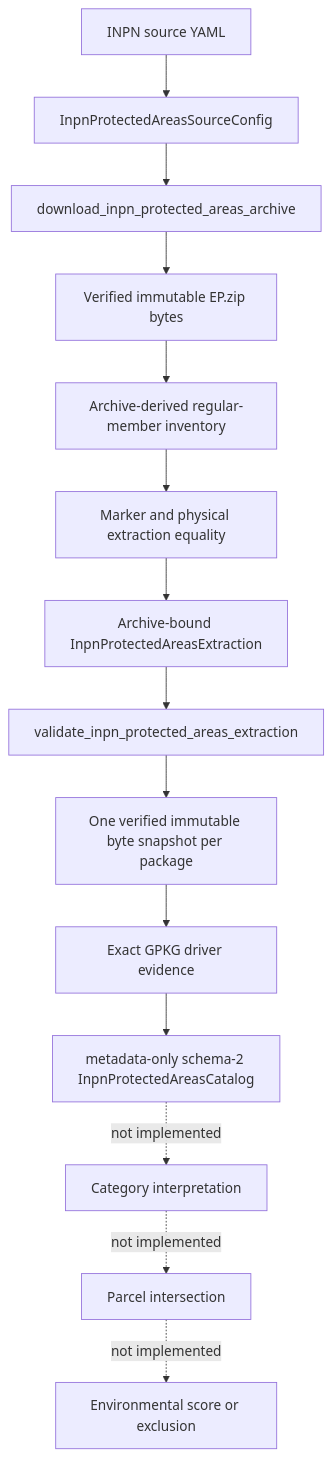
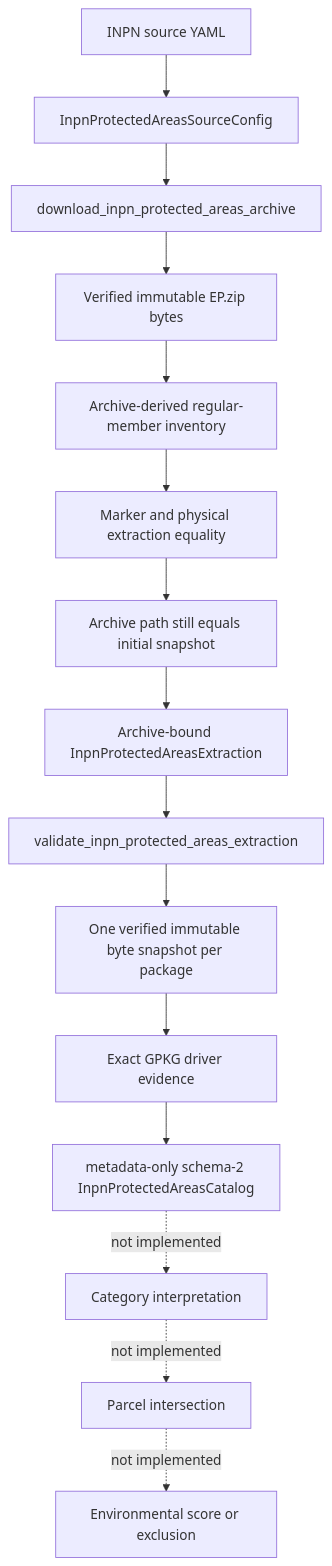
One commit to hmsouhaib/landscout-ai changed the diagram in docs/code/ENVIRONMENT_PIPELINE.md. Above: the diagram before and after it, drawn with Mermaid. The commit also changed other lines of this file and 15 other files, not shown here.

Commit message:
fix: enforce INPN archive return postconditions

````diff
--- a/docs/code/ENVIRONMENT_PIPELINE.md
+++ b/docs/code/ENVIRONMENT_PIPELINE.md
@@ -7,16 +7,17 @@
 ```mermaid
 flowchart TD
     Yaml[INPN source YAML] --> Config[InpnProtectedAreasSourceConfig]
     Config --> Download[download_inpn_protected_areas_archive]
     Download --> Bytes[Verified immutable EP.zip bytes]
     Bytes --> Members[Archive-derived regular-member inventory]
     Members --> Extract[Marker and physical extraction equality]
-    Extract --> Inventory[Archive-bound InpnProtectedAreasExtraction]
+    Extract --> ArchivePostcondition[Archive path still equals initial snapshot]
+    ArchivePostcondition --> Inventory[Archive-bound InpnProtectedAreasExtraction]
     Inventory --> Revalidate[validate_inpn_protected_areas_extraction]
     Revalidate --> PackageBytes[One verified immutable byte snapshot per package]
     PackageBytes --> Driver[Exact GPKG driver evidence]
     Driver --> Catalog[metadata-only schema-2 InpnProtectedAreasCatalog]
     Catalog -. not implemented .-> Semantics[Category interpretation]
     Semantics -. not implemented .-> Overlay[Parcel intersection]
     Overlay -. not implemented .-> Decision[Environmental score or exclusion]
 ```
````
